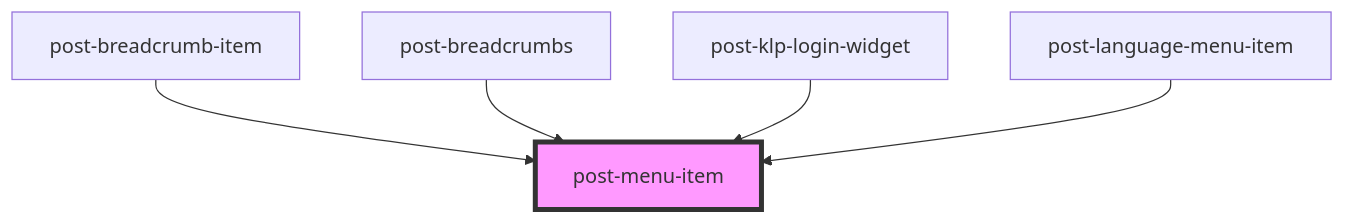
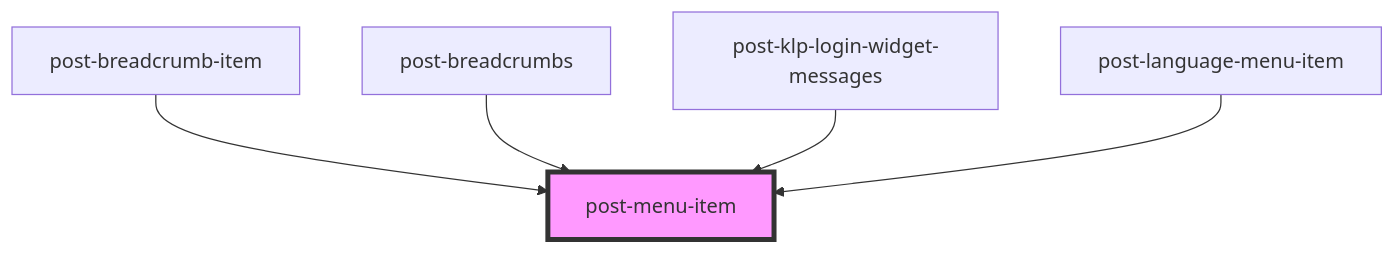
One commit to swisspost/design-system changed the diagram in packages/components/src/components/post-menu-item/readme.md. Above: the diagram before and after it, drawn with Mermaid. The commit also changed other lines of this file and 13 other files, not shown here.

````diff
--- a/packages/components/src/components/post-menu-item/readme.md
+++ b/packages/components/src/components/post-menu-item/readme.md
@@ -16,8 +16,8 @@
 ```mermaid
 graph TD;
   post-breadcrumb-item --> post-menu-item
   post-breadcrumbs --> post-menu-item
-  post-klp-login-widget --> post-menu-item
+  post-klp-login-widget-messages --> post-menu-item
   post-language-menu-item --> post-menu-item
   style post-menu-item fill:#f9f,stroke:#333,stroke-width:4px
 ```
````
